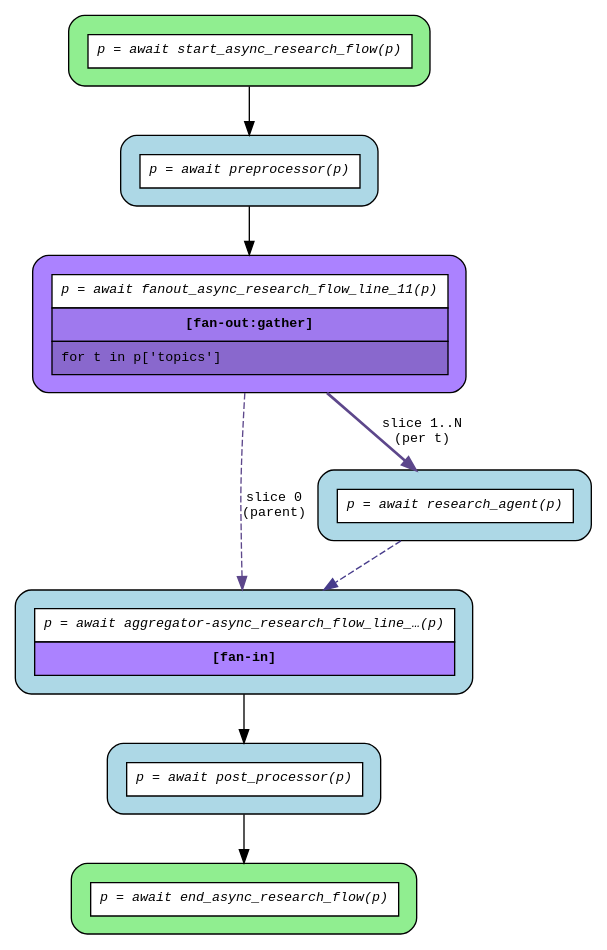
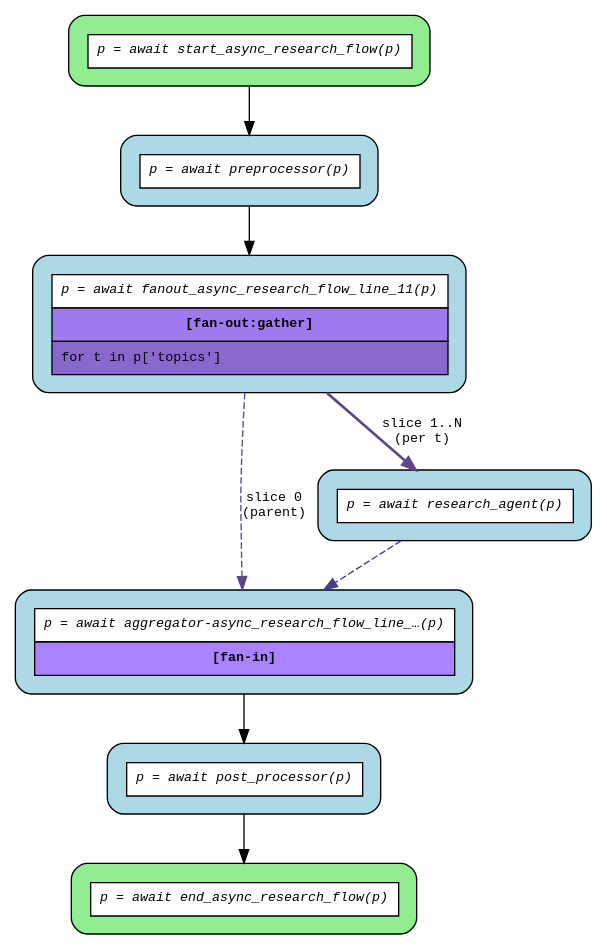
One commit to deliveryhero/asya changed the diagram in examples/flows/compiled/fanout_gather/flow.dot. Above: the diagram before and after it, drawn with Graphviz. The commit also changed 12 other files, not shown here.

Commit message:
Blue router color for fan-out routers

```diff
--- a/examples/flows/compiled/fanout_gather/flow.dot
+++ b/examples/flows/compiled/fanout_gather/flow.dot
@@ -1,22 +1,22 @@
 digraph flow {
   rankdir=TB;
   graph [fontname="Courier", fontsize=10];
   node [fontname="Courier", fontsize=10, shape=box, style="filled,rounded", margin="0.2"];
   edge [fontname="Courier", fontsize=10];
 
   start_async_research_flow [fillcolor="lightgreen", label=<<table border="0" cellspacing="0" cellpadding="6" cellborder="1"><tr><td bgcolor="white" align="center"><i>p = await start_async_research_flow(p)</i></td></tr></table>>];
-  fanout_async_research_flow_line_11 [fillcolor="mediumpurple1", label=<<table border="0" cellspacing="0" cellpadding="6" cellborder="1"><tr><td bgcolor="white" align="center"><i>p = await fanout_async_research_flow_line_11(p)</i></td></tr><tr><td bgcolor="mediumpurple2" align="center"><b>[fan-out:gather]</b></td></tr><tr><td bgcolor="mediumpurple3" align="left">for t in p['topics']</td></tr></table>>];
+  fanout_async_research_flow_line_11 [fillcolor="lightblue", label=<<table border="0" cellspacing="0" cellpadding="6" cellborder="1"><tr><td bgcolor="white" align="center"><i>p = await fanout_async_research_flow_line_11(p)</i></td></tr><tr><td bgcolor="mediumpurple2" align="center"><b>[fan-out:gather]</b></td></tr><tr><td bgcolor="mediumpurple3" align="left">for t in p['topics']</td></tr></table>>];
   end_async_research_flow [fillcolor="lightgreen", label=<<table border="0" cellspacing="0" cellpadding="6" cellborder="1"><tr><td bgcolor="white" align="center"><i>p = await end_async_research_flow(p)</i></td></tr></table>>];
   aggregator_async_research_flow_line_11 [fillcolor="lightblue", label=<<table border="0" cellspacing="0" cellpadding="6" cellborder="1"><tr><td bgcolor="white" align="center"><i>p = await aggregator-async_research_flow_line_…(p)</i></td></tr><tr><td bgcolor="mediumpurple1" align="center"><b>[fan-in]</b></td></tr></table>>];
   post_processor [fillcolor="lightblue", label=<<table border="0" cellspacing="0" cellpadding="6" cellborder="1"><tr><td bgcolor="white" align="center"><i>p = await post_processor(p)</i></td></tr></table>>];
   preprocessor [fillcolor="lightblue", label=<<table border="0" cellspacing="0" cellpadding="6" cellborder="1"><tr><td bgcolor="white" align="center"><i>p = await preprocessor(p)</i></td></tr></table>>];
   research_agent [fillcolor="lightblue", label=<<table border="0" cellspacing="0" cellpadding="6" cellborder="1"><tr><td bgcolor="white" align="center"><i>p = await research_agent(p)</i></td></tr></table>>];
 
   aggregator_async_research_flow_line_11 -> post_processor;
   fanout_async_research_flow_line_11 -> aggregator_async_research_flow_line_11 [color=mediumpurple4, label="slice 0\n(parent)", style=dashed];
   fanout_async_research_flow_line_11 -> research_agent [color=mediumpurple4, label="slice 1..N\n(per t)", style=bold];
   post_processor -> end_async_research_flow;
   preprocessor -> fanout_async_research_flow_line_11;
   research_agent -> aggregator_async_research_flow_line_11 [color=slateblue4, style=dashed];
   start_async_research_flow -> preprocessor;
 }
```
